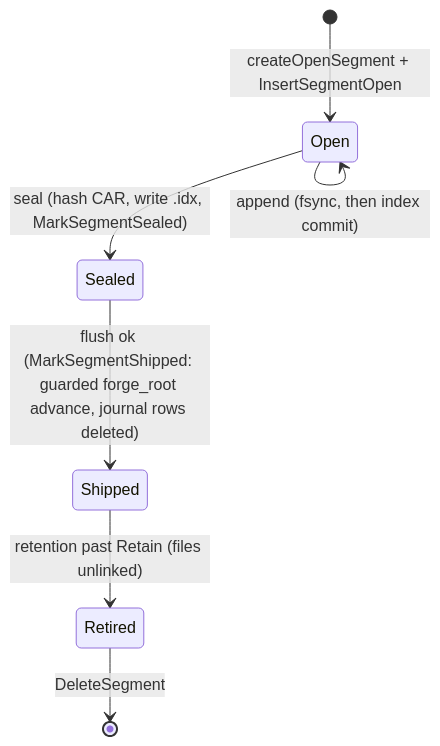
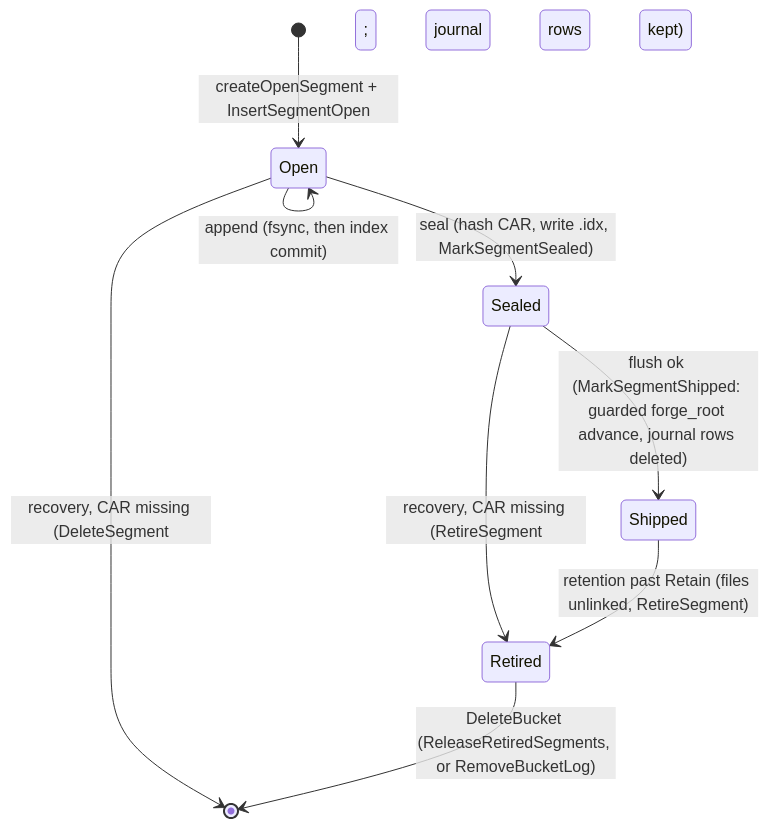
One commit to fil-forge/ingot changed the second of 2 diagrams in logstore/README.md. Above: the diagram before and after it, drawn with Mermaid. The commit also changed other lines of this file and 21 other files, not shown here.

First line of the commit message:
Keep a refused DeleteBucket from leaving the bucket unreadable (#264)

````diff
--- a/logstore/README.md
+++ b/logstore/README.md
@@ -104,9 +104,11 @@
 ```mermaid
 stateDiagram-v2
     [*] --> Open : createOpenSegment + InsertSegmentOpen
     Open --> Open : append (fsync, then index commit)
     Open --> Sealed : seal (hash CAR, write .idx, MarkSegmentSealed)
+    Open --> [*] : recovery, CAR missing (DeleteSegment; journal rows kept)
     Sealed --> Shipped : flush ok (MarkSegmentShipped: guarded forge_root advance, journal rows deleted)
-    Shipped --> Retired : retention past Retain (files unlinked)
-    Retired --> [*] : DeleteSegment
+    Sealed --> Retired : recovery, CAR missing (RetireSegment; journal rows kept)
+    Shipped --> Retired : retention past Retain (files unlinked, RetireSegment)
+    Retired --> [*] : DeleteBucket (ReleaseRetiredSegments, or RemoveBucketLog)
 ```
````
